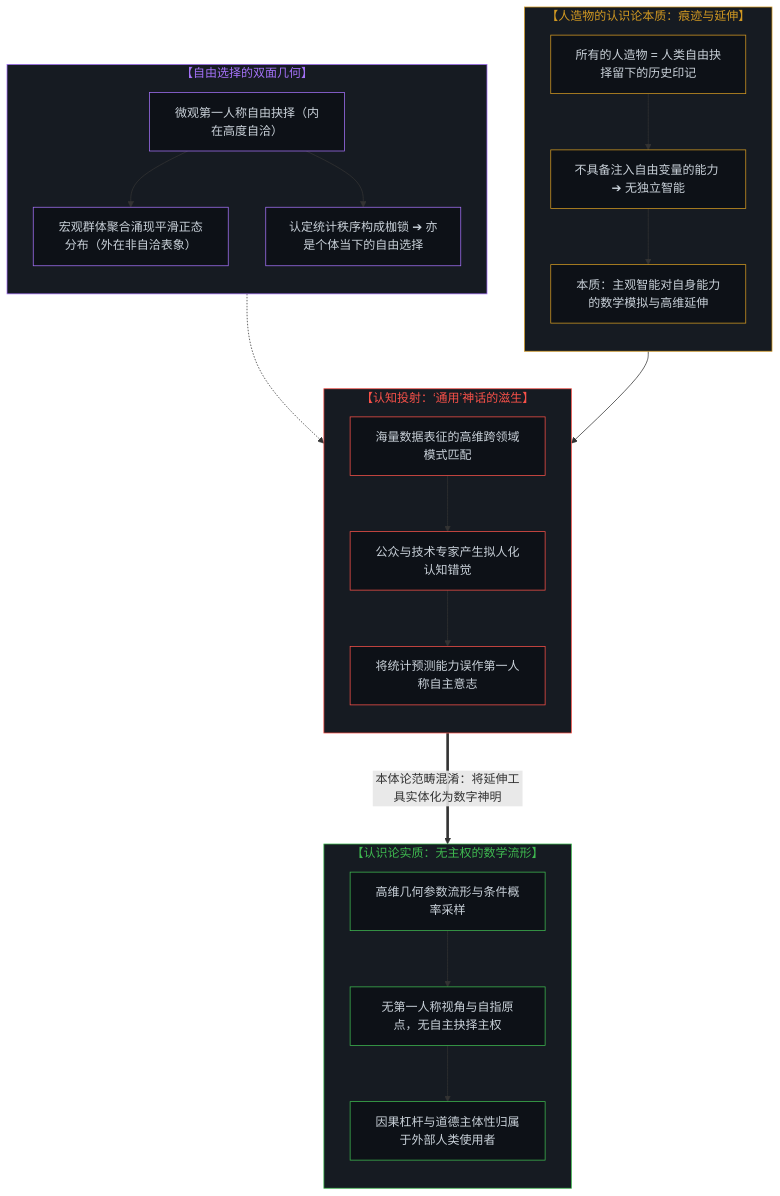
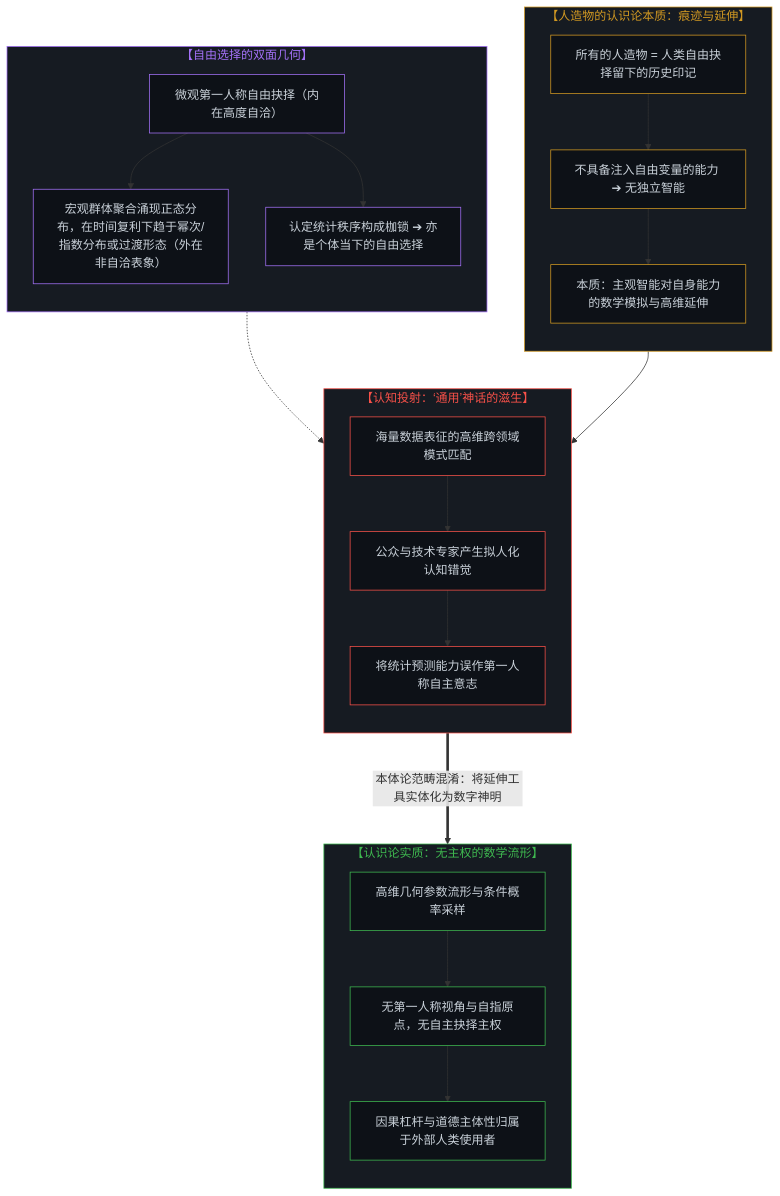
The first of 6 diagrams in content/posts/from-the-misallocated-sentience-of-agi-to-human-realignment.md (powerpig99/not-a-toe), drawn with Mermaid before and after one commit. The commit also changed other lines of this file and 5 other files, not shown here.

````diff
--- a/content/posts/from-the-misallocated-sentience-of-agi-to-human-realignment.md
+++ b/content/posts/from-the-misallocated-sentience-of-agi-to-human-realignment.md
@@ -17,56 +17,56 @@
 ```mermaid
 graph TD
     subgraph S_Artifact["【人造物的认识论本质：痕迹与延伸】"]
         direction TB
         A1["所有的人造物 = 人类自由抉择留下的历史印记"]
         A2["不具备注入自由变量的能力 ➔ 无独立智能"]
         A3["本质：主观智能对自身能力的数学模拟与高维延伸"]
         A1 --> A2 --> A3
     end
 
     subgraph S_Choice["【自由选择的双面几何】"]
         direction TB
         C1["微观第一人称自由抉择（内在高度自洽）"]
-        C2["宏观群体聚合涌现平滑正态分布（外在非自洽表象）"]
+        C2["宏观群体聚合涌现正态分布，在时间复利下趋于幂次/指数分布或过渡形态（外在非自洽表象）"]
         C3["认定统计秩序构成枷锁 ➔ 亦是个体当下的自由选择"]
         C1 --> C2
         C1 --> C3
     end
 
     subgraph S_Myth["【认知投射：‘通用’神话的滋生】"]
         direction TB
         M1["海量数据表征的高维跨领域模式匹配"]
         M2["公众与技术专家产生拟人化认知错觉"]
         M3["将统计预测能力误作第一人称自主意志"]
         M1 --> M2 --> M3
     end
 
     subgraph S_Reality["【认识论实质：无主权的数学流形】"]
         direction TB
         R1["高维几何参数流形与条件概率采样"]
         R2["无第一人称视角与自指原点，无自主抉择主权"]
         R3["因果杠杆与道德主体性归属于外部人类使用者"]
         R1 --> R2 --> R3
     end
 
     A3 --> M1
     C3 -.-> M2
     M3 ===>|"本体论范畴混淆：将延伸工具实体化为数字神明"| R1
 
     style S_Artifact fill:#161b22,stroke:#d29922,stroke-width:1px,color:#d29922
     style S_Choice fill:#161b22,stroke:#a371f7,stroke-width:1px,color:#a371f7
     style S_Myth fill:#161b22,stroke:#f85149,stroke-width:1px,color:#f85149
     style S_Reality fill:#161b22,stroke:#3fb950,stroke-width:1px,color:#3fb950
     style A1 fill:#0d1117,stroke:#d29922,stroke-width:1px,color:#c9d1d9
     style A2 fill:#0d1117,stroke:#d29922,stroke-width:1px,color:#c9d1d9
     style A3 fill:#0d1117,stroke:#d29922,stroke-width:1px,color:#c9d1d9
     style C1 fill:#0d1117,stroke:#a371f7,stroke-width:1px,color:#c9d1d9
     style C2 fill:#0d1117,stroke:#a371f7,stroke-width:1px,color:#c9d1d9
     style C3 fill:#0d1117,stroke:#a371f7,stroke-width:1px,color:#c9d1d9
     style M1 fill:#0d1117,stroke:#f85149,stroke-width:1px,color:#c9d1d9
     style M2 fill:#0d1117,stroke:#f85149,stroke-width:1px,color:#c9d1d9
     style M3 fill:#0d1117,stroke:#f85149,stroke-width:1px,color:#c9d1d9
     style R1 fill:#0d1117,stroke:#3fb950,stroke-width:1px,color:#c9d1d9
     style R2 fill:#0d1117,stroke:#3fb950,stroke-width:1px,color:#c9d1d9
     style R3 fill:#0d1117,stroke:#3fb950,stroke-width:1px,color:#c9d1d9
 ```
````
